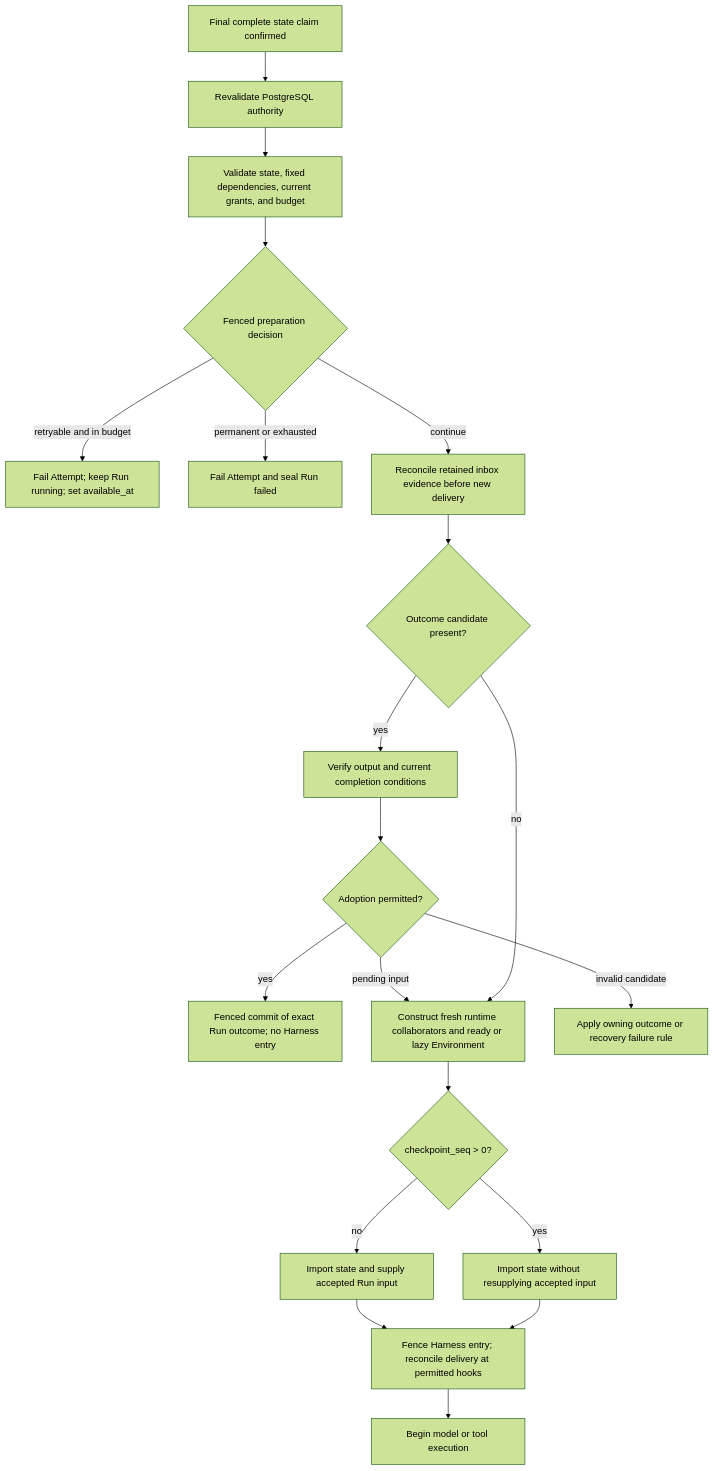
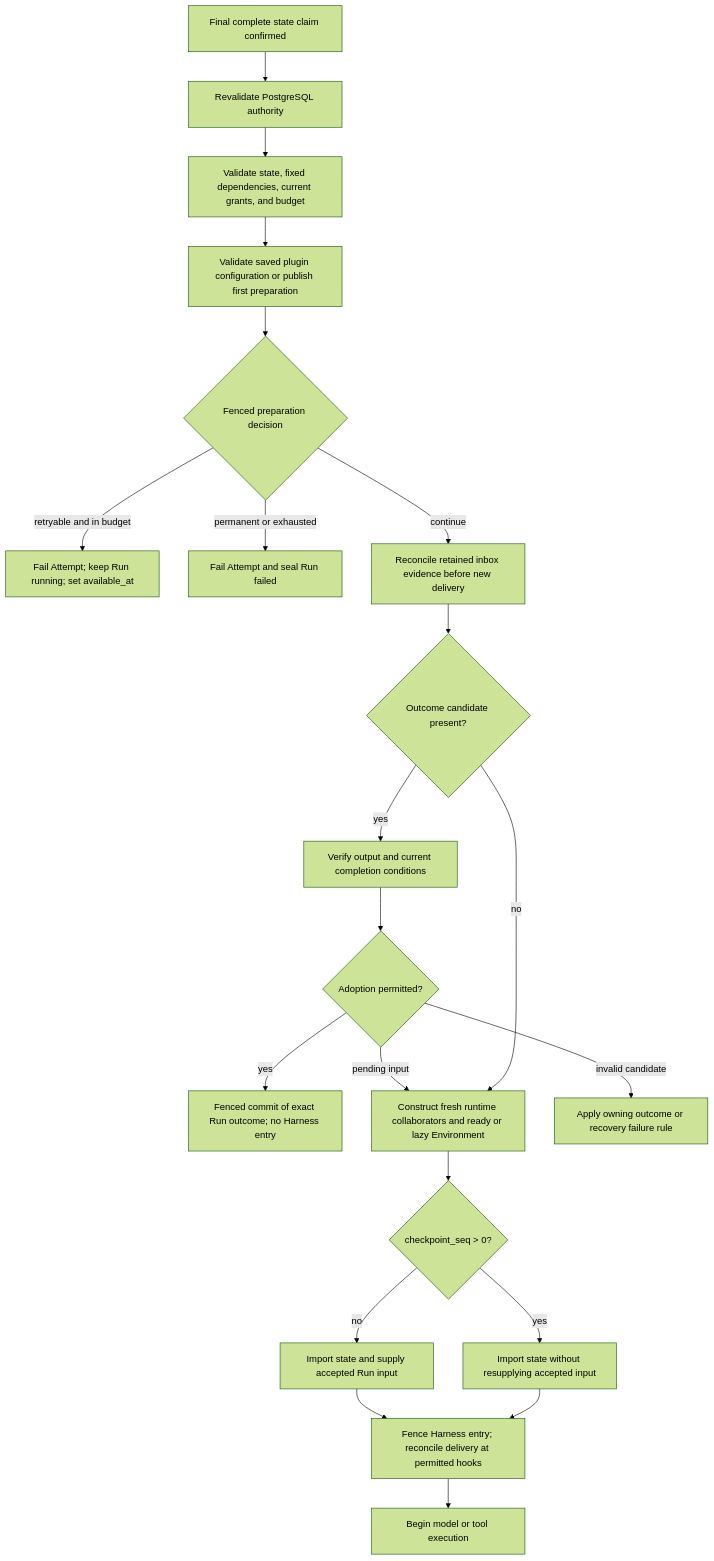
One commit to LTThreeComma/agent-foundation changed the fourth of 4 diagrams in spec/a13n-service/13-run-attempt-scheduling-and-recovery.md. Above: the diagram before and after it, drawn with Mermaid (forest theme). The commit also changed other lines of this file and 45 other files, not shown here.

````diff
--- a/spec/a13n-service/13-run-attempt-scheduling-and-recovery.md
+++ b/spec/a13n-service/13-run-attempt-scheduling-and-recovery.md
@@ -391,22 +392,23 @@
 ```mermaid
 flowchart TD
     Claimed["Final complete state claim confirmed"] --> Authority["Revalidate PostgreSQL authority"]
     Authority --> Validate["Validate state, fixed dependencies, current grants, and budget"]
-    Validate --> Decision{"Fenced preparation decision"}
+    Validate --> Plugins["Validate saved plugin configuration or publish first preparation"]
+    Plugins --> Decision{"Fenced preparation decision"}
     Decision -->|retryable and in budget| Retry["Fail Attempt; keep Run running; set available_at"]
     Decision -->|permanent or exhausted| Fail["Fail Attempt and seal Run failed"]
     Decision -->|continue| Receipts["Reconcile retained inbox evidence before new delivery"]
     Receipts --> Outcome{"Outcome candidate present?"}
     Outcome -->|yes| Verify["Verify output and current completion conditions"]
     Verify --> Eligible{"Adoption permitted?"}
     Eligible -->|yes| Seal["Fenced commit of exact Run outcome; no Harness entry"]
     Eligible -->|pending input| Rebuild
     Eligible -->|invalid candidate| Classify["Apply owning outcome or recovery failure rule"]
     Outcome -->|no| Rebuild["Construct fresh runtime collaborators and ready or lazy Environment"]
     Rebuild --> Input{"checkpoint_seq > 0?"}
     Input -->|no| Apply["Import state and supply accepted Run input"]
     Input -->|yes| Resume["Import state without resupplying accepted input"]
     Apply --> Enter["Fence Harness entry; reconcile delivery at permitted hooks"]
     Resume --> Enter
     Enter --> Execute["Begin model or tool execution"]
 ```
````
